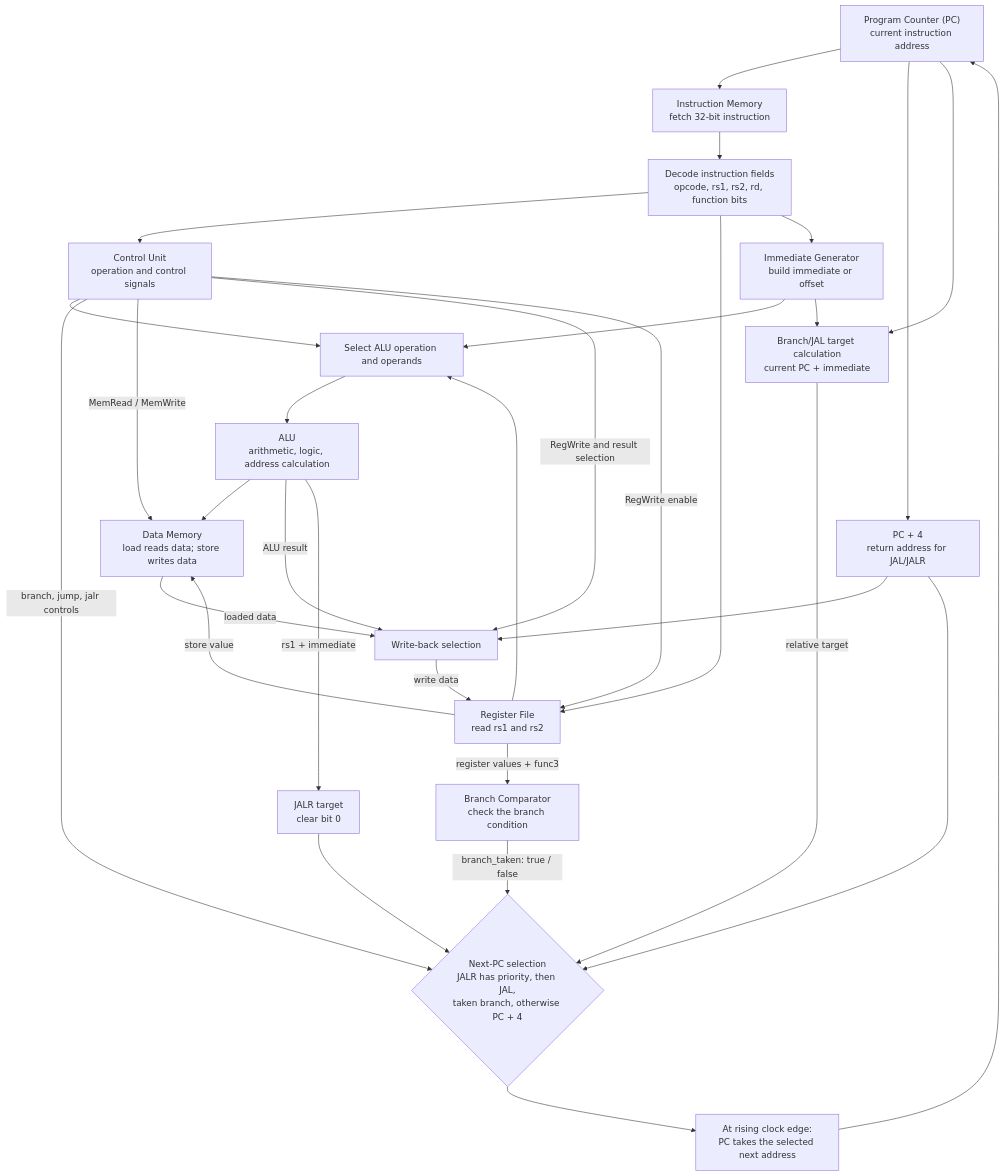
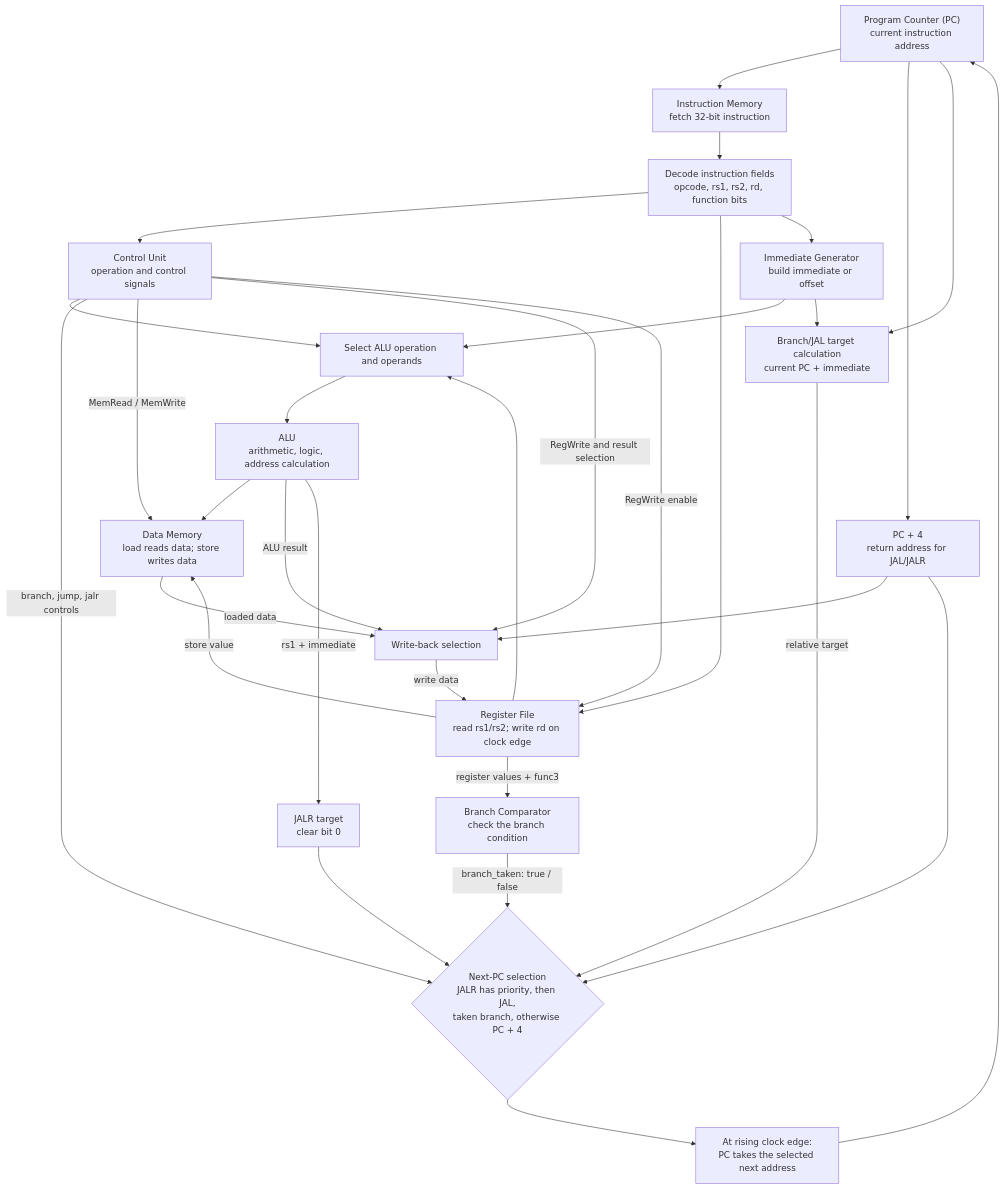
Before and after one commit to sHiNoBi005/RV32I: the diagram in README.md, drawn with Mermaid.

Commit message:
Clarify register file read and write flow

````diff
--- a/README.md
+++ b/README.md
@@ -41,41 +41,41 @@
 ```mermaid
 flowchart TD
     PC["Program Counter (PC)<br/>current instruction address"] --> IM["Instruction Memory<br/>fetch 32-bit instruction"]
     IM --> DEC["Decode instruction fields<br/>opcode, rs1, rs2, rd, function bits"]
 
     DEC --> CU["Control Unit<br/>operation and control signals"]
-    DEC --> RF["Register File<br/>read rs1 and rs2"]
+    DEC --> RF["Register File<br/>read rs1/rs2; write rd on clock edge"]
     DEC --> IG["Immediate Generator<br/>build immediate or offset"]
 
     CU --> ALUSetup["Select ALU operation and operands"]
     RF --> ALUSetup
     IG --> ALUSetup
     ALUSetup --> ALU["ALU<br/>arithmetic, logic, address calculation"]
 
     RF -- "register values + func3" --> BC["Branch Comparator<br/>check the branch condition"]
     BC -- "branch_taken: true / false" --> NPC
     CU -- "branch, jump, jalr controls" --> NPC
 
     ALU --> DM["Data Memory<br/>load reads data; store writes data"]
     RF -- "store value" --> DM
     CU -- "MemRead / MemWrite" --> DM
 
     ALU -- "ALU result" --> WB["Write-back selection"]
     DM -- "loaded data" --> WB
     PC4["PC + 4<br/>return address for JAL/JALR"] --> WB
     CU -- "RegWrite and result selection" --> WB
     WB -- "write data" --> RF
     CU -- "RegWrite enable" --> RF
 
     PC --> PC4
     PC --> BT["Branch/JAL target calculation<br/>current PC + immediate"]
     IG --> BT
     BT -- "relative target" --> NPC
     ALU -- "rs1 + immediate" --> JT["JALR target<br/>clear bit 0"]
     JT --> NPC
     PC4 --> NPC
 
     NPC{"Next-PC selection<br/>JALR has priority, then JAL,<br/>taken branch, otherwise PC + 4"}
     NPC --> PCUpdate["At rising clock edge:<br/>PC takes the selected next address"]
     PCUpdate --> PC
 ```
````
